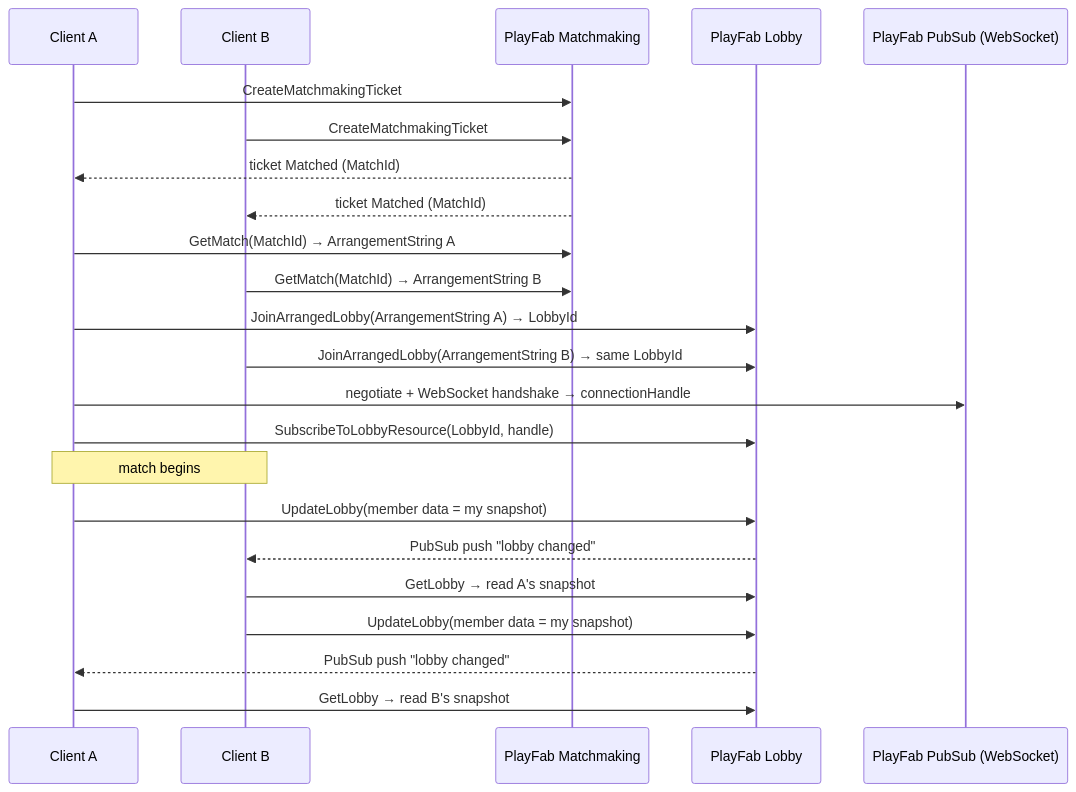
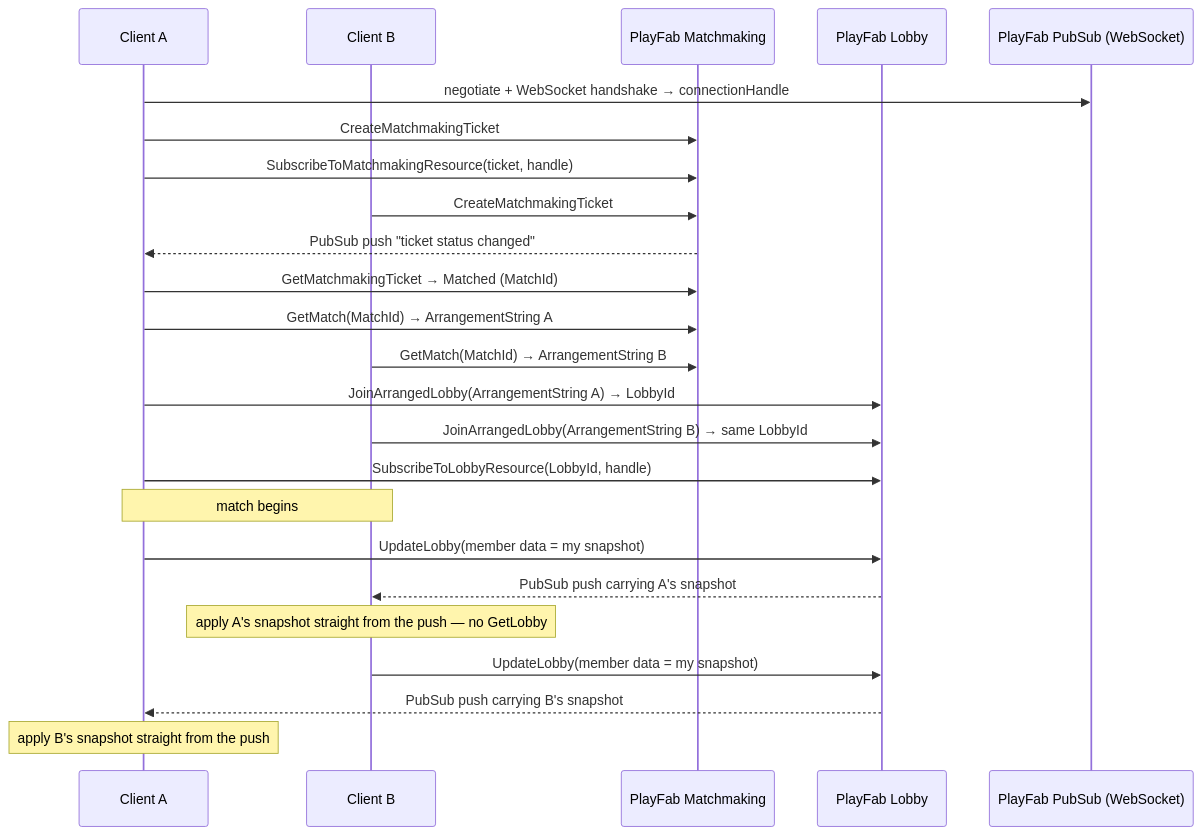
One commit to Harley-Adams/harley-adams.github.io changed the diagram in posts/playfab-matchmaking-lobby-pubsub.md. Above: the diagram before and after it, drawn with Mermaid. The commit also changed other lines of this file, not shown here.

First line of the commit message:
Update PlayFab multiplayer post for push-driven, poll-free relay

````diff
--- a/posts/playfab-matchmaking-lobby-pubsub.md
+++ b/posts/playfab-matchmaking-lobby-pubsub.md
@@ -56,26 +57,27 @@
 ```mermaid
 sequenceDiagram
     participant A as Client A
     participant B as Client B
     participant MM as PlayFab Matchmaking
     participant L as PlayFab Lobby
     participant PS as PlayFab PubSub (WebSocket)
 
+    A->>PS: negotiate + WebSocket handshake → connectionHandle
     A->>MM: CreateMatchmakingTicket
+    A->>MM: SubscribeToMatchmakingResource(ticket, handle)
     B->>MM: CreateMatchmakingTicket
-    MM-->>A: ticket Matched (MatchId)
-    MM-->>B: ticket Matched (MatchId)
+    MM-->>A: PubSub push "ticket status changed"
+    A->>MM: GetMatchmakingTicket → Matched (MatchId)
     A->>MM: GetMatch(MatchId) → ArrangementString A
     B->>MM: GetMatch(MatchId) → ArrangementString B
     A->>L: JoinArrangedLobby(ArrangementString A) → LobbyId
     B->>L: JoinArrangedLobby(ArrangementString B) → same LobbyId
-    A->>PS: negotiate + WebSocket handshake → connectionHandle
     A->>L: SubscribeToLobbyResource(LobbyId, handle)
     Note over A,B: match begins
     A->>L: UpdateLobby(member data = my snapshot)
-    L-->>B: PubSub push "lobby changed"
-    B->>L: GetLobby → read A's snapshot
+    L-->>B: PubSub push carrying A's snapshot
+    Note over B: apply A's snapshot straight from the push — no GetLobby
     B->>L: UpdateLobby(member data = my snapshot)
-    L-->>A: PubSub push "lobby changed"
-    A->>L: GetLobby → read B's snapshot
+    L-->>A: PubSub push carrying B's snapshot
+    Note over A: apply B's snapshot straight from the push
 ```
````
